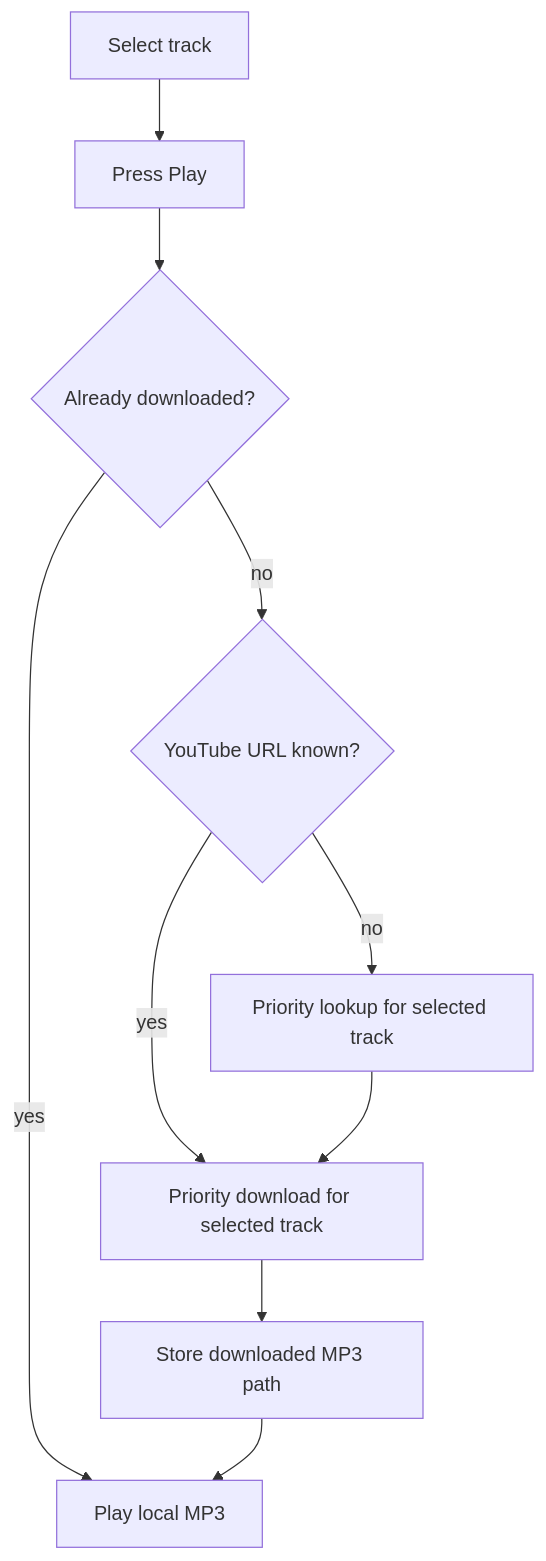
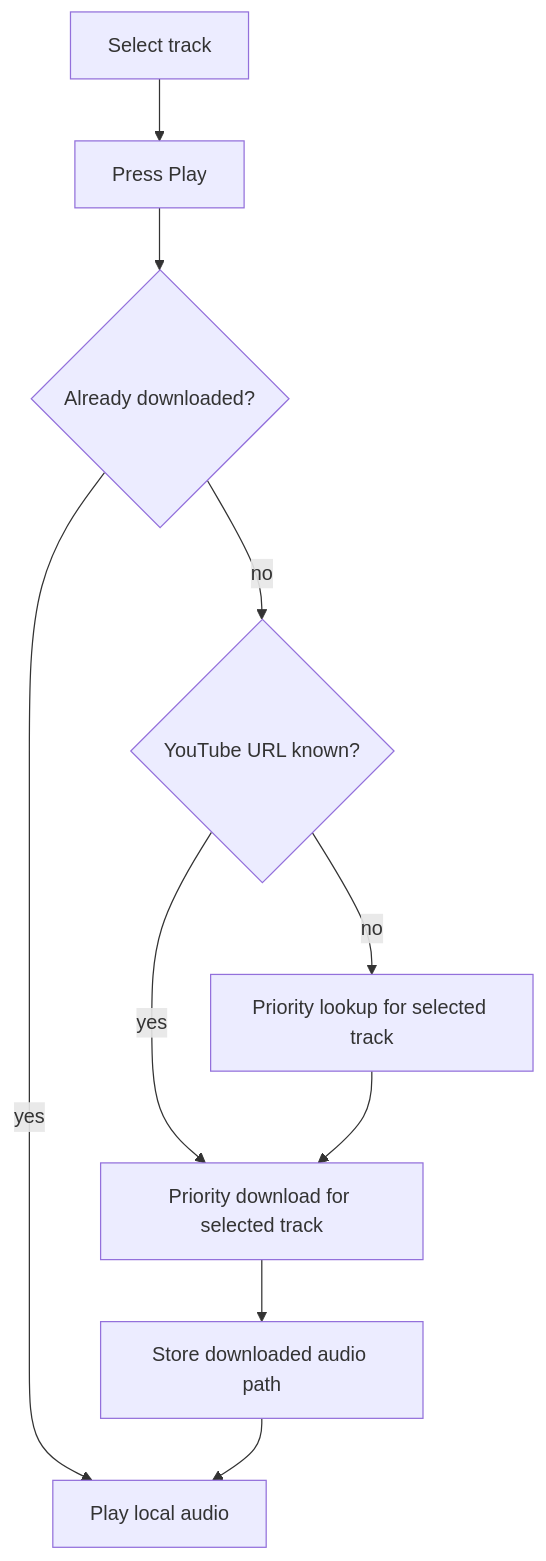
Before and after one commit to marcelpetrick/myLastFmPlayer: the second of 3 diagrams in README.md, drawn with Mermaid. The commit also changed other lines of this file and 24 other files, not shown here.

First line of the commit message:
docs(product): present maintained release and current architecture (v0.0.165)

````diff
--- a/README.md
+++ b/README.md
@@ -155,12 +207,12 @@
 ```mermaid
 flowchart TD
     A["Select track"] --> B["Press Play"]
     B --> C{"Already downloaded?"}
-    C -->|yes| D["Play local MP3"]
+    C -->|yes| D["Play local audio"]
     C -->|no| E{"YouTube URL known?"}
     E -->|no| F["Priority lookup for selected track"]
     E -->|yes| G["Priority download for selected track"]
     F --> G
-    G --> H["Store downloaded MP3 path"]
+    G --> H["Store downloaded audio path"]
     H --> D
 ```
````
